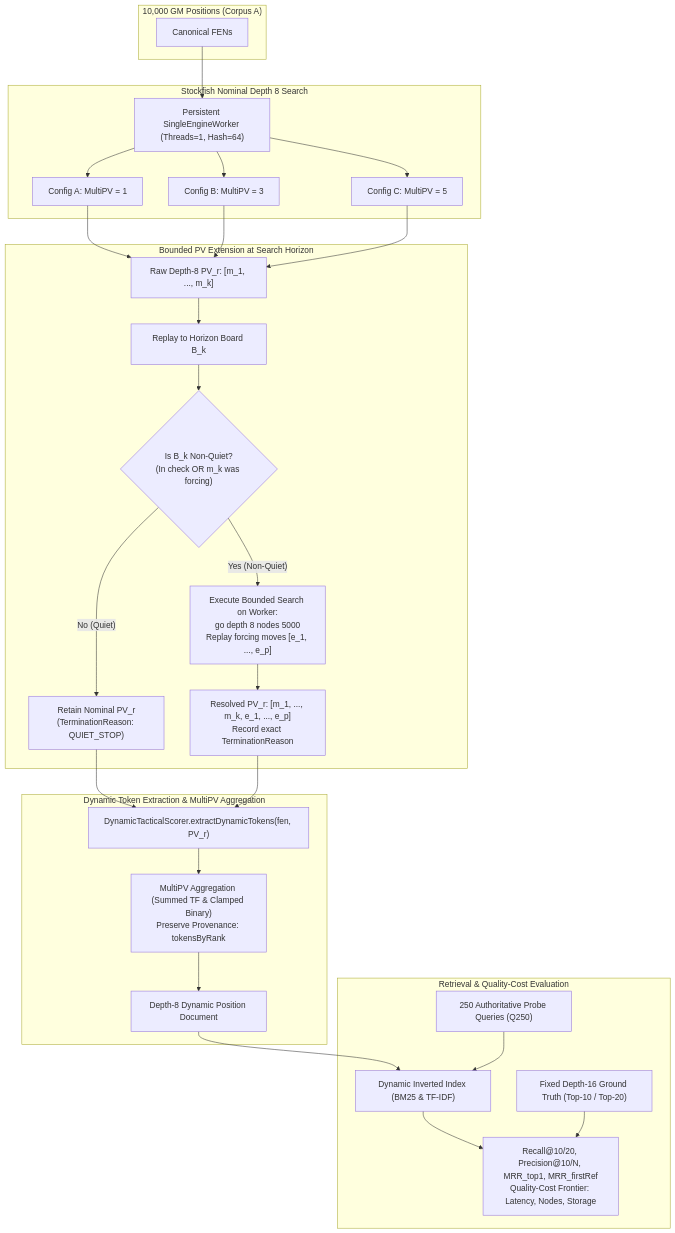
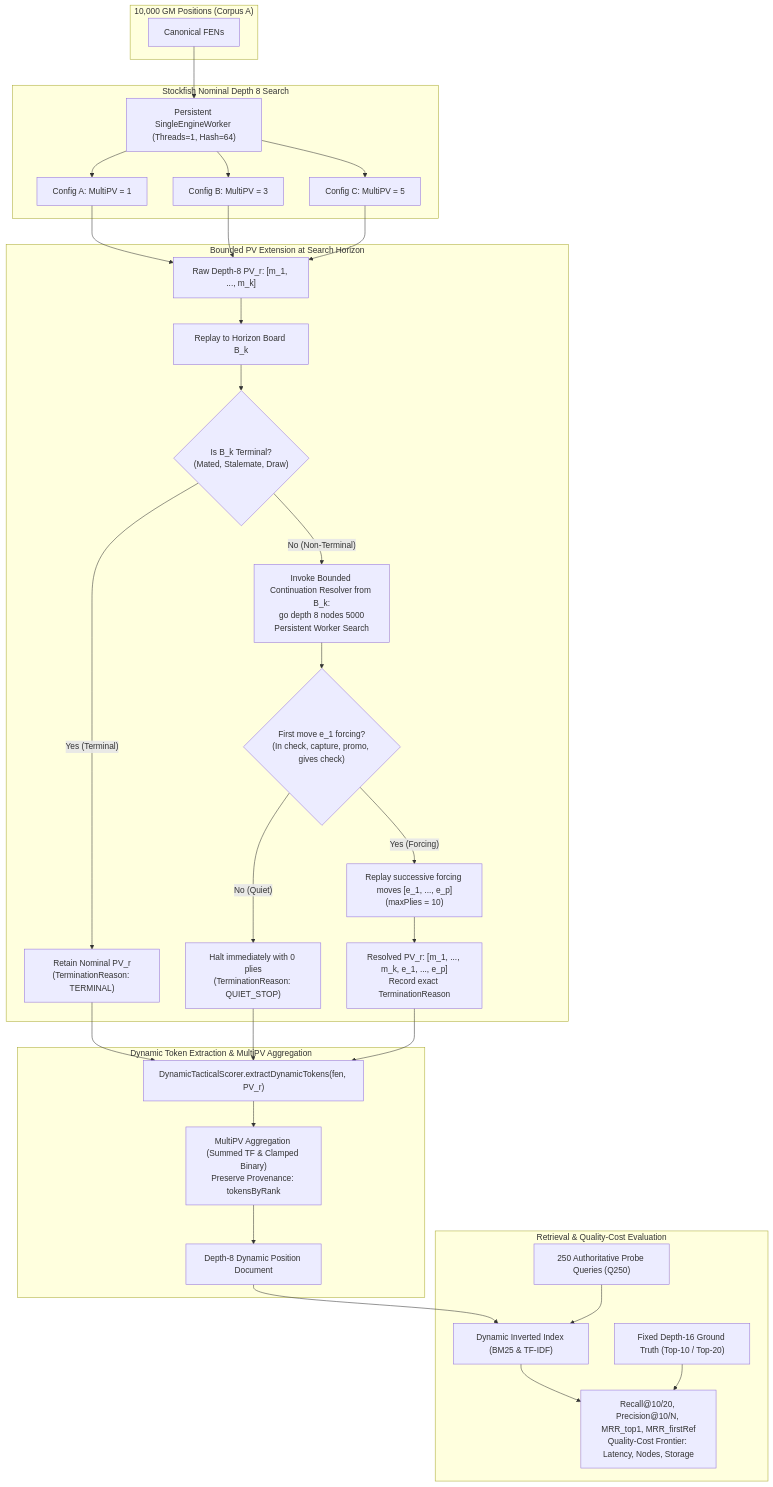
Before and after one commit to NathanZK/ChessEcho: the diagram in docs/staging/specs/2026-11-06-depth-8-dynamic-token-generation.md, drawn with Mermaid. The commit also changed other lines of this file, not shown here.

Commit message:
docs(research): surgical revision 2.1 of depth-8 specification (#723)

````diff
--- a/docs/staging/specs/2026-11-06-depth-8-dynamic-token-generation.md
+++ b/docs/staging/specs/2026-11-06-depth-8-dynamic-token-generation.md
@@ -112,54 +113,61 @@
 ```mermaid
 flowchart TD
     subgraph Input["10,000 GM Positions (Corpus A)"]
         FEN["Canonical FENs"]
     end
 
     subgraph Search["Stockfish Nominal Depth 8 Search"]
         SF["Persistent SingleEngineWorker (Threads=1, Hash=64)"]
         ConfA["Config A: MultiPV = 1"]
         ConfB["Config B: MultiPV = 3"]
         ConfC["Config C: MultiPV = 5"]
     end
 
     subgraph HorizonExtension["Bounded PV Extension at Search Horizon"]
         PV["Raw Depth-8 PV_r: [m_1, ..., m_k]"]
         TermPos["Replay to Horizon Board B_k"]
-        QuietCheck{"Is B_k Non-Quiet?\n(In check OR m_k was forcing)"}
-        QuietYes["Retain Nominal PV_r\n(TerminationReason: QUIET_STOP)"]
-        QuietNo["Execute Bounded Search on Worker:\ngo depth 8 nodes 5000\nReplay forcing moves [e_1, ..., e_p]"]
+        TermCheck{"Is B_k Terminal?\n(Mated, Stalemate, Draw)"}
+        TermYes["Retain Nominal PV_r\n(TerminationReason: TERMINAL)"]
+        InvokeExt["Invoke Bounded Continuation Resolver from B_k:\ngo depth 8 nodes 5000\nPersistent Worker Search"]
+        QuietCheck{"First move e_1 forcing?\n(In check, capture, promo, gives check)"}
+        QuietStop["Halt immediately with 0 plies\n(TerminationReason: QUIET_STOP)"]
+        ReplayForcing["Replay successive forcing moves [e_1, ..., e_p]\n(maxPlies = 10)"]
         ExtendedPV["Resolved PV_r: [m_1, ..., m_k, e_1, ..., e_p]\nRecord exact TerminationReason"]
     end
 
     subgraph TokenGen["Dynamic Token Extraction & MultiPV Aggregation"]
         Extr["DynamicTacticalScorer.extractDynamicTokens(fen, PV_r)"]
         Agg["MultiPV Aggregation (Summed TF & Clamped Binary)\nPreserve Provenance: tokensByRank"]
         Doc["Depth-8 Dynamic Position Document"]
     end
 
     subgraph Eval["Retrieval & Quality-Cost Evaluation"]
         Index["Dynamic Inverted Index (BM25 & TF-IDF)"]
         Q250["250 Authoritative Probe Queries (Q250)"]
         GroundTruth["Fixed Depth-16 Ground Truth (Top-10 / Top-20)"]
         Metrics["Recall@10/20, Precision@10/N, MRR_top1, MRR_firstRef\nQuality-Cost Frontier: Latency, Nodes, Storage"]
     end
 
     FEN --> SF
     SF --> ConfA
     SF --> ConfB
     SF --> ConfC
     ConfA --> PV
     ConfB --> PV
     ConfC --> PV
     PV --> TermPos
-    TermPos --> QuietCheck
-    QuietCheck -- "No (Quiet)" --> QuietYes
-    QuietCheck -- "Yes (Non-Quiet)" --> QuietNo
-    QuietYes --> Extr
-    QuietNo --> ExtendedPV --> Extr
+    TermPos --> TermCheck
+    TermCheck -- "Yes (Terminal)" --> TermYes
+    TermCheck -- "No (Non-Terminal)" --> InvokeExt
+    InvokeExt --> QuietCheck
+    QuietCheck -- "No (Quiet)" --> QuietStop
+    QuietCheck -- "Yes (Forcing)" --> ReplayForcing --> ExtendedPV
+    TermYes --> Extr
+    QuietStop --> Extr
+    ExtendedPV --> Extr
     Extr --> Agg --> Doc
     Doc --> Index
     Q250 --> Index
     Index --> Metrics
     GroundTruth --> Metrics
 ```
````
